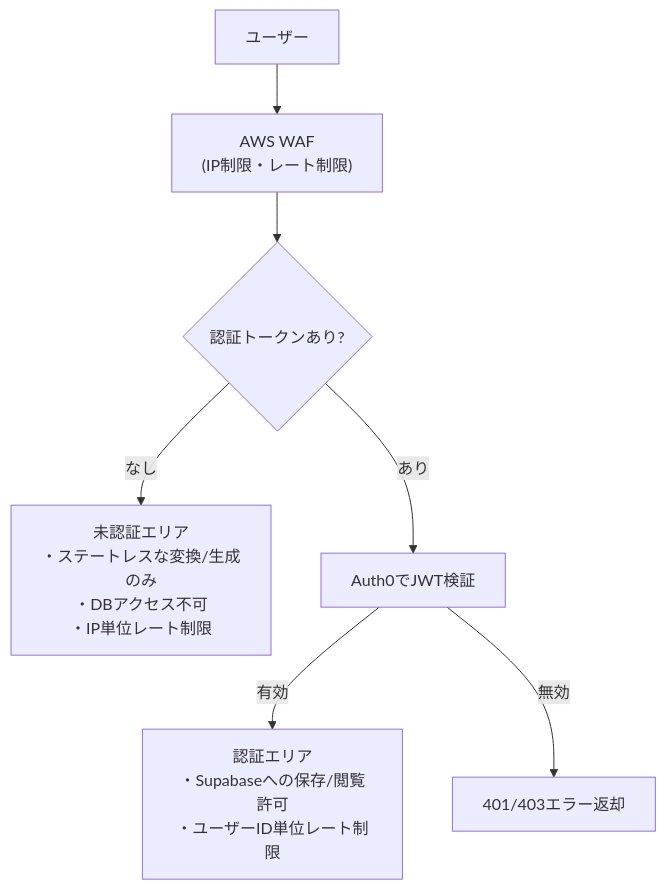
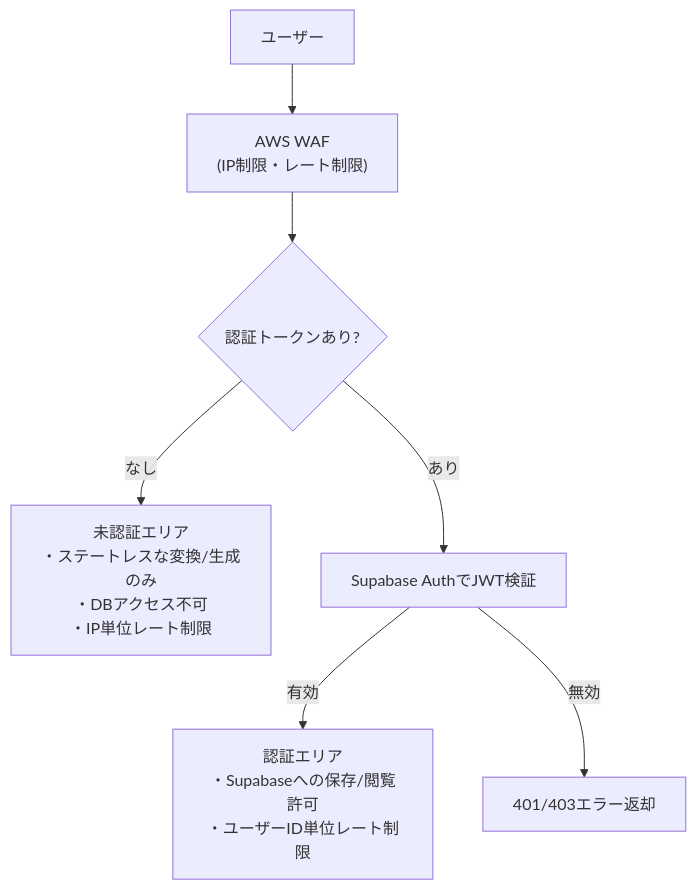
The third of 4 diagrams in docs/architecture.md (EisukeHishikawa/adapt-sheet), drawn with Mermaid before and after one commit. The commit also changed other lines of this file and 53 other files, not shown here.

````diff
--- a/docs/architecture.md
+++ b/docs/architecture.md
@@ -88,10 +86,10 @@
 ```mermaid
 flowchart TD
     User["ユーザー"] --> WAF["AWS WAF\n(IP制限・レート制限)"]
     WAF --> Router{"認証トークンあり?"}
 
     Router -->|なし| Public["未認証エリア\n・ステートレスな変換/生成のみ\n・DBアクセス不可\n・IP単位レート制限"]
-    Router -->|あり| Auth0Check["Auth0でJWT検証"]
-    Auth0Check -->|有効| Private["認証エリア\n・Supabaseへの保存/閲覧許可\n・ユーザーID単位レート制限"]
-    Auth0Check -->|無効| Reject["401/403エラー返却"]
+    Router -->|あり| SupabaseAuthCheck["Supabase AuthでJWT検証"]
+    SupabaseAuthCheck -->|有効| Private["認証エリア\n・Supabaseへの保存/閲覧許可\n・ユーザーID単位レート制限"]
+    SupabaseAuthCheck -->|無効| Reject["401/403エラー返却"]
 ```
````
